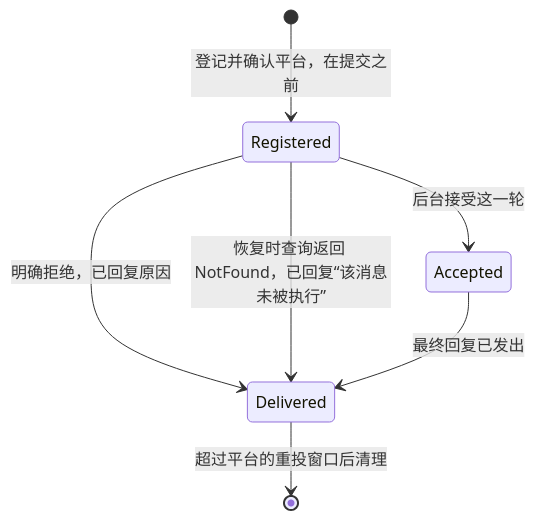
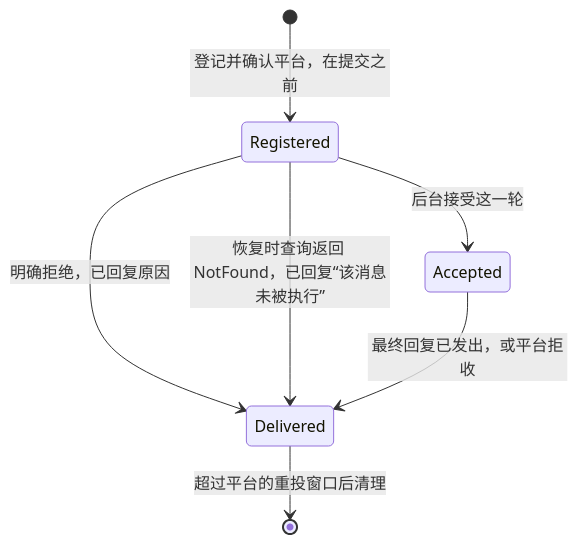
Before and after one commit to Skyline10124/lattice: the second of 2 diagrams in docs/adr/0011-im-gateway-inside-backend.md, drawn with Mermaid. The commit also changed other lines of this file, not shown here.

````diff
--- a/docs/adr/0011-im-gateway-inside-backend.md
+++ b/docs/adr/0011-im-gateway-inside-backend.md
@@ -205,9 +216,9 @@
 ```mermaid
 stateDiagram-v2
     [*] --> Registered: 登记并确认平台，在提交之前
     Registered --> Accepted: 后台接受这一轮
     Registered --> Delivered: 明确拒绝，已回复原因
     Registered --> Delivered: 恢复时查询返回 NotFound，已回复“该消息未被执行”
-    Accepted --> Delivered: 最终回复已发出
+    Accepted --> Delivered: 最终回复已发出，或平台拒收
     Delivered --> [*]: 超过平台的重投窗口后清理
 ```
````
